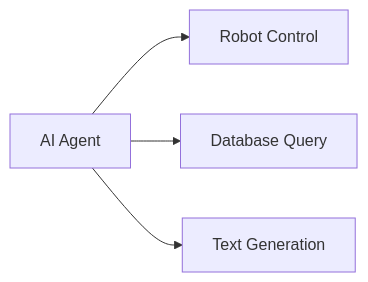
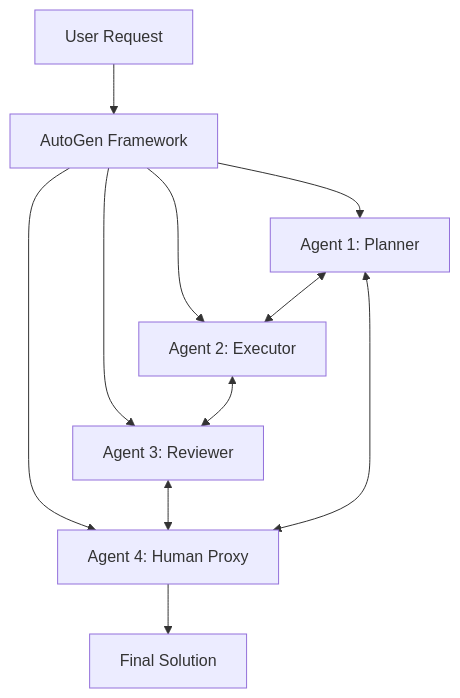
One commit to raphaelmansuy/digital_palace changed the fourth of 4 diagrams in reference/techniques/autogen/README.md. Above: the diagram before and after it, drawn with Mermaid. The commit also changed other lines of this file and 6 other files, not shown here.

````diff
--- a/reference/techniques/autogen/README.md
+++ b/reference/techniques/autogen/README.md
@@ -38,6 +138,15 @@
 ```mermaid
-graph LR
-  B[AI Agent] --> C[Robot Control]
-  B --> D[Database Query]
-  B --> E[Text Generation]
+graph TB
+    A[User Request] --> B[AutoGen Framework]
+    B --> C[Agent 1: Planner]
+    B --> D[Agent 2: Executor] 
+    B --> E[Agent 3: Reviewer]
+    B --> F[Agent 4: Human Proxy]
+    
+    C <--> D
+    D <--> E
+    E <--> F
+    F <--> C
+    
+    F --> G[Final Solution]
 ```
````
